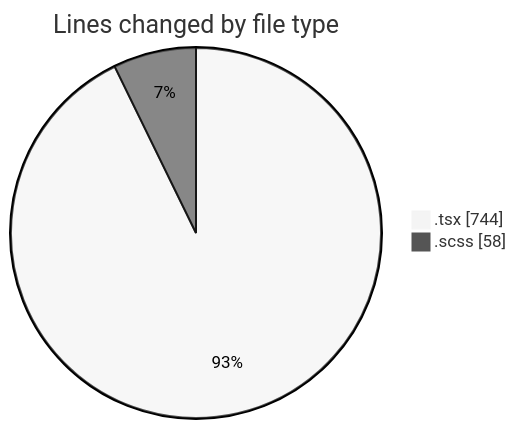
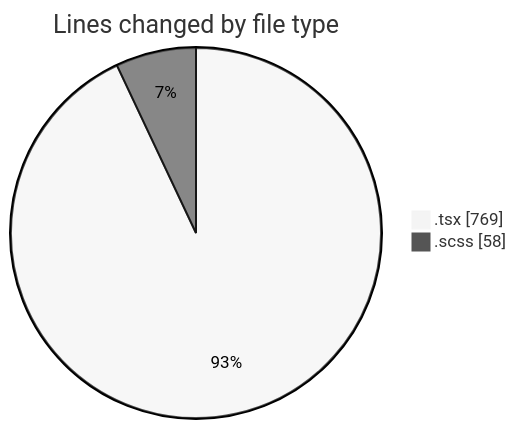
The first of 2 diagrams in 2026-10-05/cda/README.md (momahboobian/code-tracking), drawn with Mermaid (neutral theme) before and after one commit. The commit also changed other lines of this file and 1 other file, not shown here.

````diff
--- a/2026-10-05/cda/README.md
+++ b/2026-10-05/cda/README.md
@@ -25,6 +25,6 @@
 ```mermaid
 pie showData
 title Lines changed by file type
-".tsx" : 744
+".tsx" : 769
 ".scss" : 58
 ```
````
